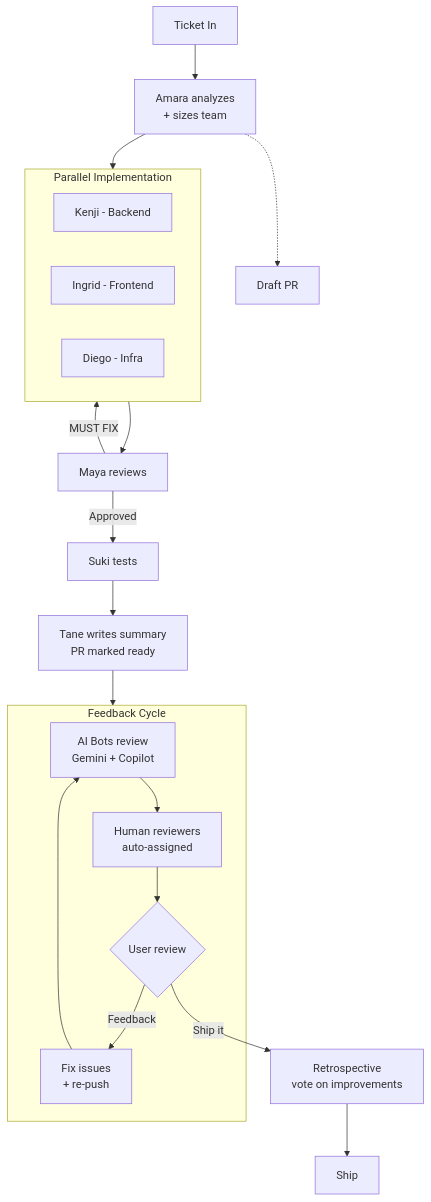
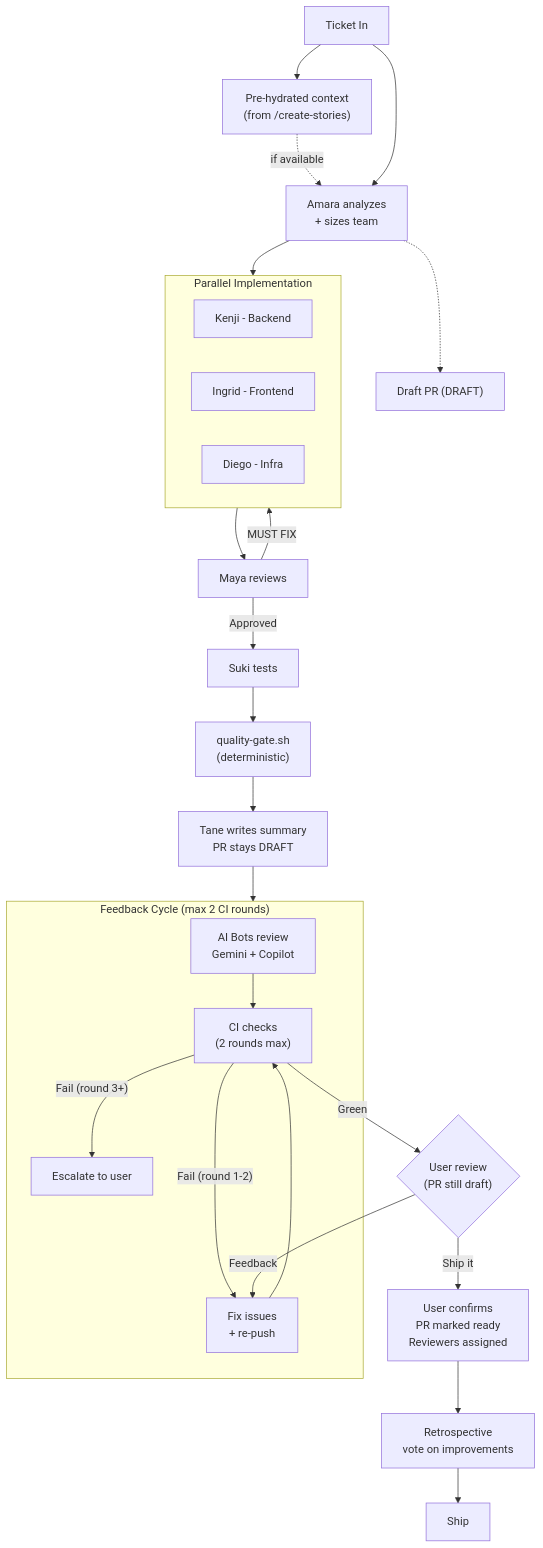
The first of 3 diagrams in docs/workflow-phases.md (johwer/dream-team-flow), drawn with Mermaid before and after one commit. The commit also changed other lines of this file and 20 other files, not shown here.

````diff
--- a/docs/workflow-phases.md
+++ b/docs/workflow-phases.md
@@ -7,40 +7,52 @@
 ```mermaid
 flowchart TD
-    Ticket["Ticket In"] --> Amara["Amara analyzes\n+ sizes team"]
-    Amara -.-> Draft["Draft PR"]
+    Ticket["Ticket In"] --> PreHydrate["Pre-hydrated context\n(from /create-stories)"]
+    PreHydrate -.->|"if available"| Amara
+    Ticket --> Amara["Amara analyzes\n+ sizes team"]
+    Amara -.-> Draft["Draft PR (DRAFT)"]
 
     subgraph Impl["Parallel Implementation"]
         Kenji["Kenji - Backend"]
         Ingrid["Ingrid - Frontend"]
         Diego["Diego - Infra"]
     end
 
     Amara --> Impl
 
     Maya["Maya reviews"]
     Impl --> Maya
     Maya -->|"MUST FIX"| Impl
 
     Suki["Suki tests"]
     Maya -->|"Approved"| Suki
 
-    Summary["Tane writes summary\nPR marked ready"]
-    Suki --> Summary
+    QualityGate["quality-gate.sh\n(deterministic)"]
+    Suki --> QualityGate
 
-    subgraph Feedback["Feedback Cycle"]
+    Summary["Tane writes summary\nPR stays DRAFT"]
+    QualityGate --> Summary
+
+    subgraph Feedback["Feedback Cycle (max 2 CI rounds)"]
         AIBots["AI Bots review\nGemini + Copilot"]
-        HumanR["Human reviewers\nauto-assigned"]
+        CI["CI checks\n(2 rounds max)"]
         FixIssues["Fix issues\n+ re-push"]
-        UserR{"User review"}
-        AIBots --> HumanR
-        HumanR --> UserR
-        UserR -->|"Feedback"| FixIssues
-        FixIssues --> AIBots
+        AIBots --> CI
+        CI -->|"Fail (round 1-2)"| FixIssues
+        FixIssues --> CI
+        CI -->|"Fail (round 3+)"| Escalate["Escalate to user"]
     end
 
     Summary --> Feedback
 
+    UserR{"User review\n(PR still draft)"}
+    CI -->|"Green"| UserR
+
+    MarkReady["User confirms\nPR marked ready\nReviewers assigned"]
+    UserR -->|"Ship it"| MarkReady
+
+    UserR -->|"Feedback"| FixIssues
+
     Retro["Retrospective\nvote on improvements"]
-    UserR -->|"Ship it"| Retro
+    MarkReady --> Retro
     Retro --> Ship["Ship"]
 ```
````
